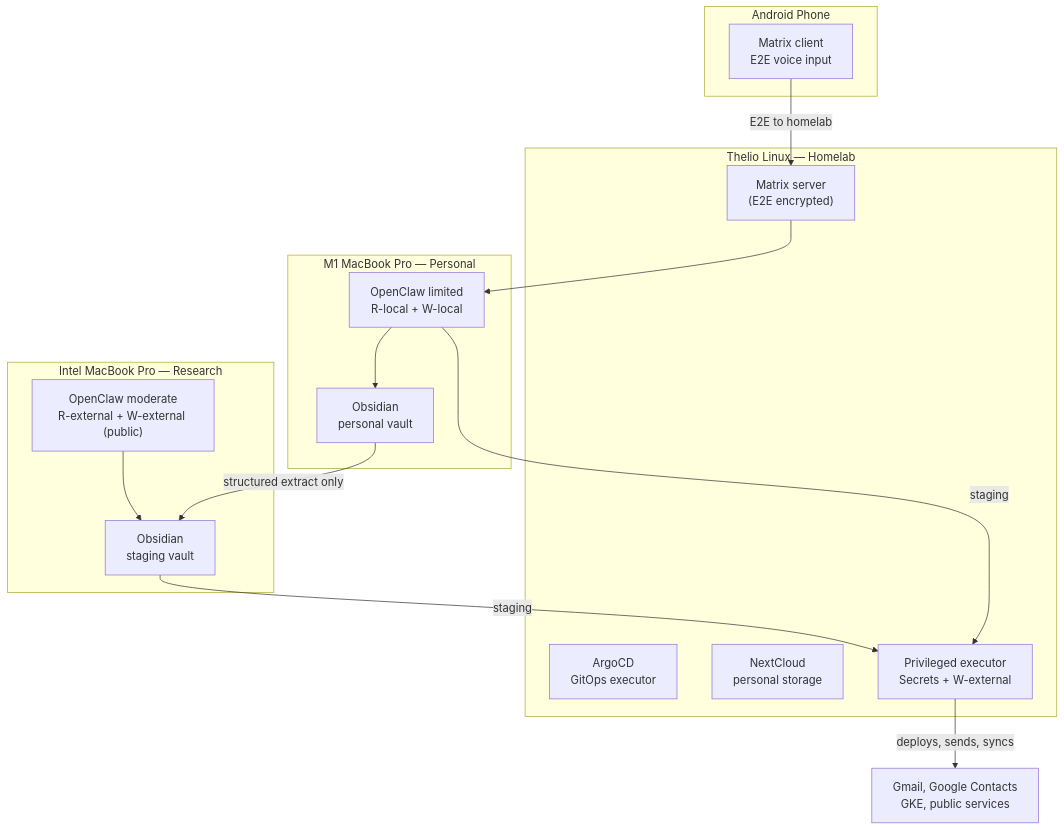
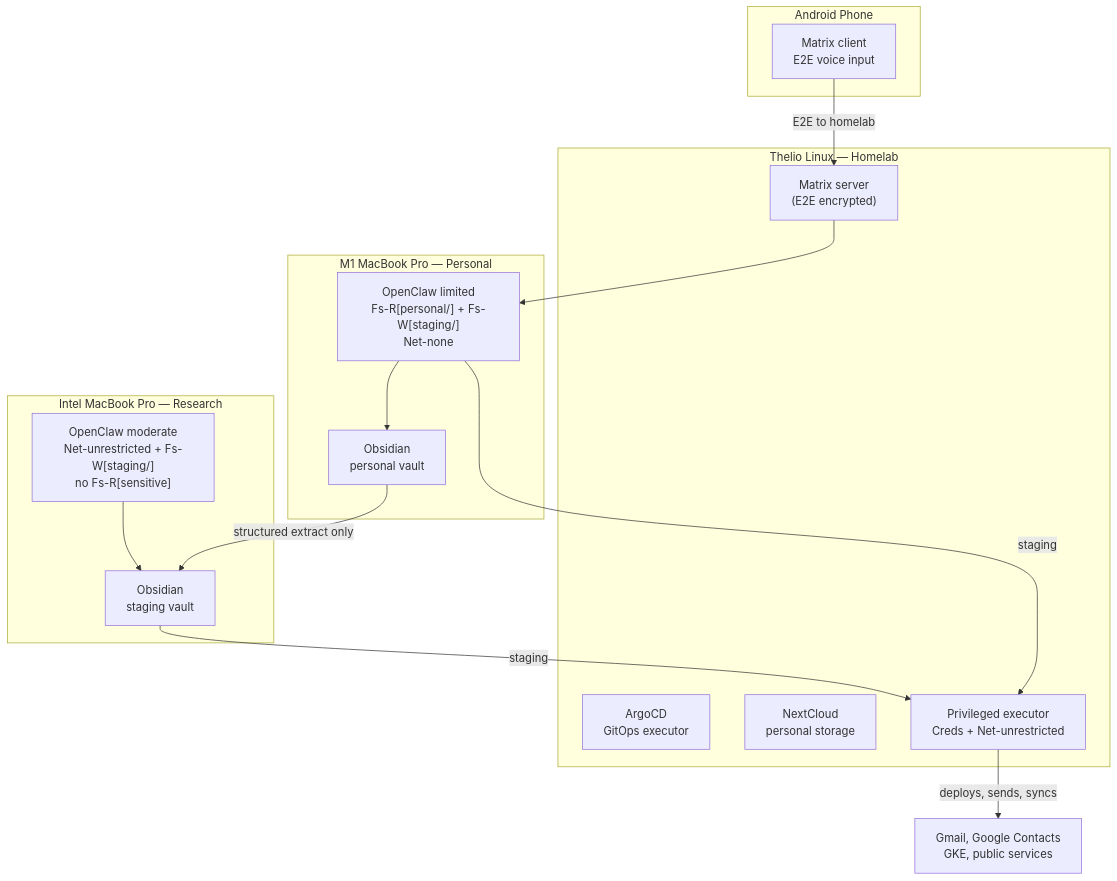
Before and after one commit to SiliconSaga/yggdrasil: the second of 2 diagrams in ai-agent-security-patterns.md, drawn with Mermaid. The commit also changed other lines of this file and 6 other files, not shown here.

````diff
--- a/ai-agent-security-patterns.md
+++ b/ai-agent-security-patterns.md
@@ -97,28 +87,28 @@
 ```mermaid
 flowchart TB
     subgraph "Thelio Linux — Homelab"
         matrix_srv["Matrix server<br>(E2E encrypted)"]
         argocd["ArgoCD<br>GitOps executor"]
         nextcloud["NextCloud<br>personal storage"]
-        executor["Privileged executor<br>Secrets + W-external"]
+        executor["Privileged executor<br>Creds + Net-unrestricted"]
     end
     subgraph "M1 MacBook Pro — Personal"
-        m1_oc["OpenClaw limited<br>R-local + W-local"]
+        m1_oc["OpenClaw limited<br>Fs-R[personal/] + Fs-W[staging/]<br>Net-none"]
         obsidian_p["Obsidian<br>personal vault"]
         m1_oc --> obsidian_p
     end
     subgraph "Intel MacBook Pro — Research"
-        intel_oc["OpenClaw moderate<br>R-external + W-external (public)"]
+        intel_oc["OpenClaw moderate<br>Net-unrestricted + Fs-W[staging/]<br>no Fs-R[sensitive]"]
         obsidian_s["Obsidian<br>staging vault"]
         intel_oc --> obsidian_s
     end
     subgraph "Android Phone"
         voice["Matrix client<br>E2E voice input"]
     end
     voice -->|"E2E to homelab"| matrix_srv
     matrix_srv --> m1_oc
     obsidian_p -->|"structured extract only"| obsidian_s
     obsidian_s -->|"staging"| executor
     m1_oc -->|"staging"| executor
     executor -->|"deploys, sends, syncs"| prod["Gmail, Google Contacts<br>GKE, public services"]
 ```
````
